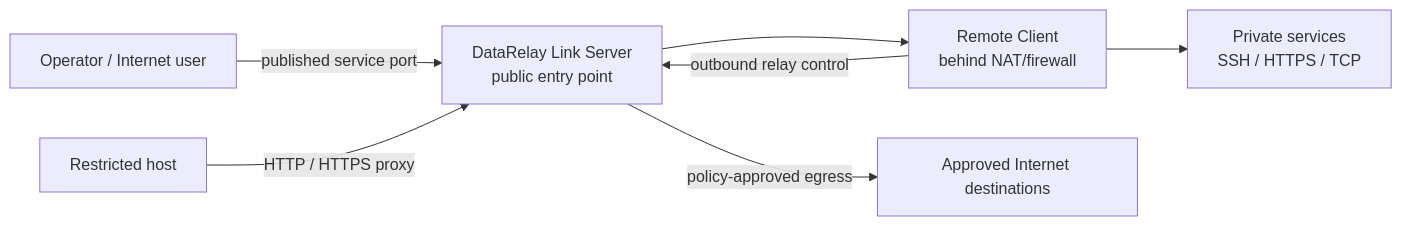
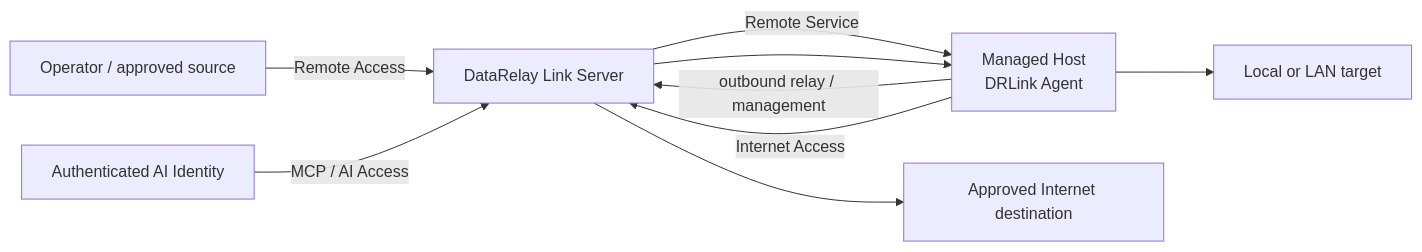
Before and after one commit to datarelay-labs/datarelay-link-docs: the diagram in index.mdx, drawn with Mermaid. The commit also changed other lines of this file and 9 other files, not shown here.

````diff
--- a/index.mdx
+++ b/index.mdx
@@ -25,16 +28,18 @@
 ```mermaid
 flowchart LR
-    U[Operator / Internet user]
-    S[DataRelay Link Server\npublic entry point]
-    C[Remote Client\nbehind NAT/firewall]
-    L[Private services\nSSH / HTTPS / TCP]
-    R[Restricted host]
-    I[Approved Internet destinations]
+    O[Operator / approved source]
+    S[DataRelay Link Server]
+    A[Managed Host<br/>DRLink Agent]
+    T[Local or LAN target]
+    I[Approved Internet destination]
+    AI[Authenticated AI Identity]
 
-    C -->|outbound relay control| S
-    U -->|published service port| S
-    S --> C --> L
-
-    R -->|HTTP / HTTPS proxy| S
-    S -->|policy-approved egress| I
+    A -->|outbound relay / management| S
+    O -->|Remote Access| S
+    S -->|Remote Service| A
+    A --> T
+    A -->|Internet Access| S
+    S --> I
+    AI -->|MCP / AI Access| S
+    S --> A
 ```
````
